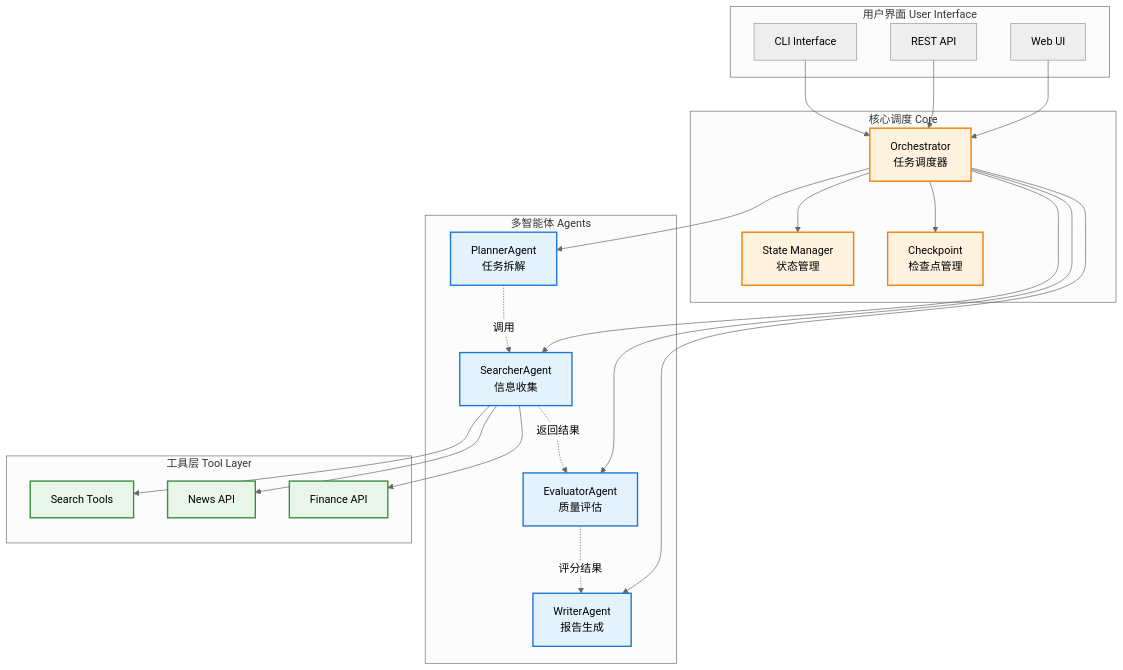
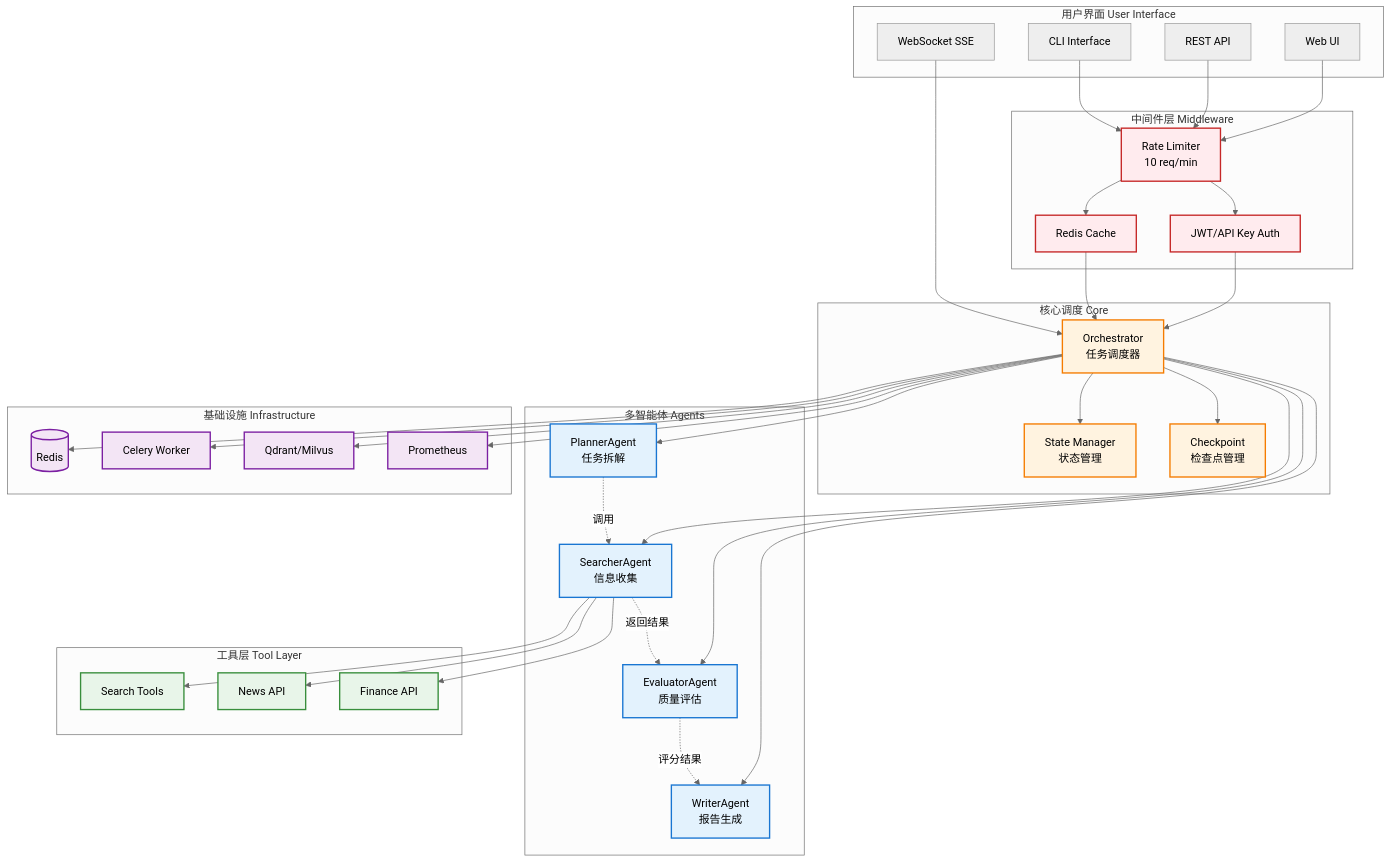
One commit to yyw1122/Deep-Research-Agent changed the first of 2 diagrams in README.md. Above: the diagram before and after it, drawn with Mermaid (neutral theme). The commit also changed other lines of this file and 47 other files, not shown here.

````diff
--- a/README.md
+++ b/README.md
@@ -40,6 +60,13 @@
         UI1[Web UI]
         UI2[REST API]
         UI3[CLI Interface]
+        WS[WebSocket SSE]
+    end
+
+    subgraph "中间件层 Middleware"
+        RL[Rate Limiter<br/>10 req/min]
+        Cache[Redis Cache]
+        Auth[JWT/API Key Auth]
     end
 
     subgraph "核心调度 Core"
@@ -61,9 +88,23 @@
         FinanceTool[Finance API]
     end
 
-    UI1 --> Orch
-    UI2 --> Orch
-    UI3 --> Orch
+    subgraph "基础设施 Infrastructure"
+        Redis[(Redis)]
+        Celery[Celery Worker]
+        VectorDB[Qdrant/Milvus]
+        Prometheus[Prometheus]
+    end
+
+    UI1 --> RL
+    UI2 --> RL
+    UI3 --> RL
+
+    RL --> Cache
+    RL --> Auth
+
+    Auth --> Orch
+    Cache --> Orch
+    WS --> Orch
 
     Orch --> State
     Orch --> Checkpoint
@@ -81,11 +122,20 @@
     Searcher --> NewsTool
     Searcher --> FinanceTool
 
+    Orch --> Redis
+    Orch --> Celery
+    Orch --> VectorDB
+    Orch --> Prometheus
+
     classDef agent fill:#e3f2fd,stroke:#1976d2,stroke-width:2px
     classDef core fill:#fff3e0,stroke:#f57c00,stroke-width:2px
     classDef tool fill:#e8f5e9,stroke:#388e3c,stroke-width:2px
+    classDef infra fill:#f3e5f5,stroke:#7b1fa2,stroke-width:2px
+    classDef middleware fill:#ffebee,stroke:#c62828,stroke-width:2px
 
     class Planner,Searcher,Evaluator,Writer agent
     class Orch,State,Checkpoint core
     class SearchTool,NewsTool,FinanceTool tool
+    class Redis,Celery,VectorDB,Prometheus infra
+    class RL,Cache,Auth middleware
 ```
````
